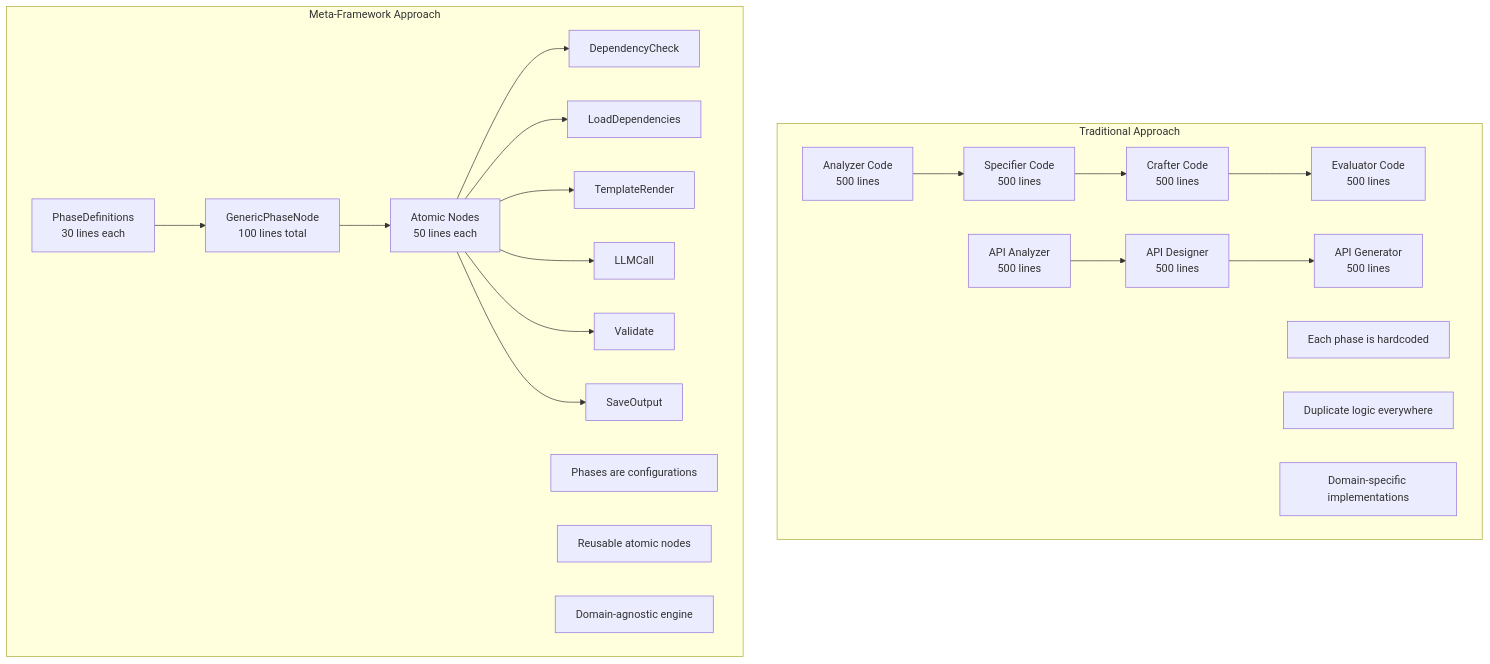
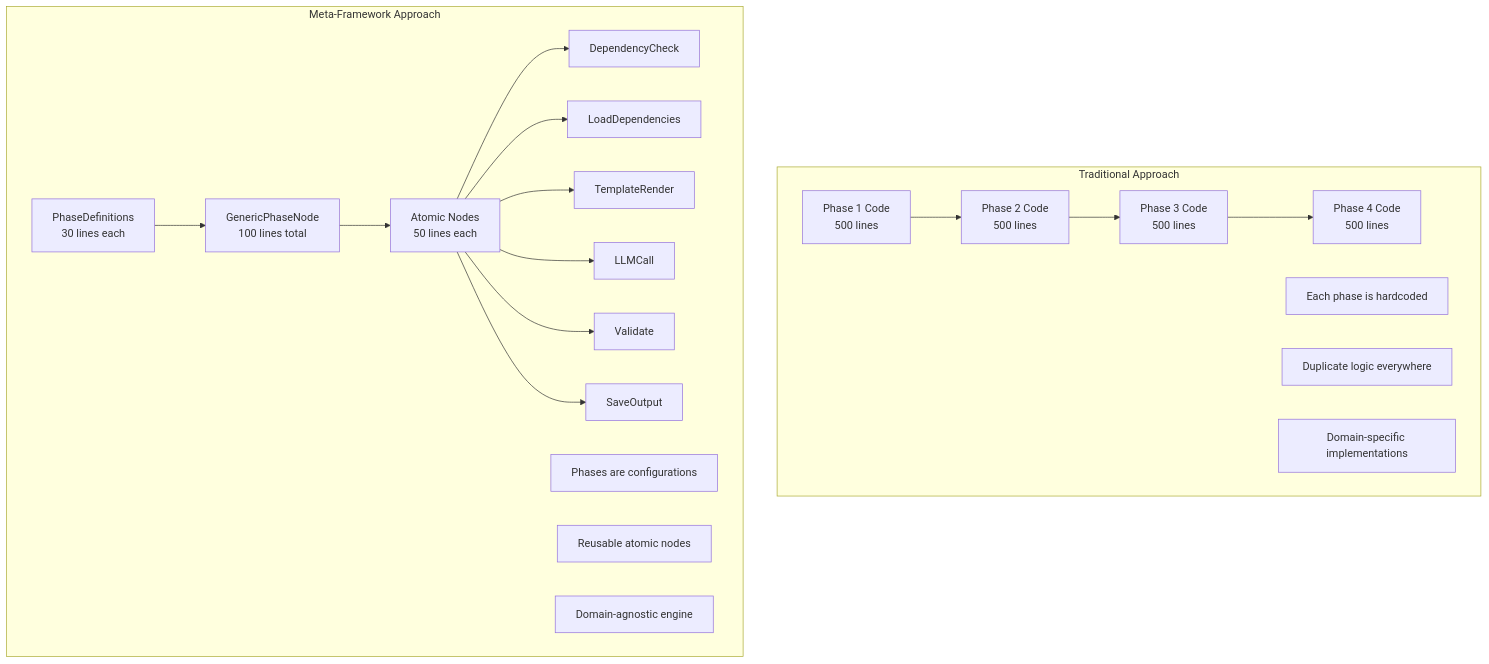
The first of 11 diagrams in docs/GRAPH_ARCHITECTURE.md (fblgit/agentool), drawn with Mermaid before and after one commit. The commit also changed other lines of this file and 6 other files, not shown here.

````diff
--- a/docs/GRAPH_ARCHITECTURE.md
+++ b/docs/GRAPH_ARCHITECTURE.md
@@ -16,32 +16,29 @@
 ```mermaid
 graph TB
     subgraph "Traditional Approach"
-        T1[Analyzer Code<br/>500 lines] --> T2[Specifier Code<br/>500 lines]
-        T2 --> T3[Crafter Code<br/>500 lines]
-        T3 --> T4[Evaluator Code<br/>500 lines]
-        
-        TA[API Analyzer<br/>500 lines] --> TB[API Designer<br/>500 lines]
-        TB --> TC[API Generator<br/>500 lines]
+        T1[Phase 1 Code<br/>500 lines] --> T2[Phase 2 Code<br/>500 lines]
+        T2 --> T3[Phase 3 Code<br/>500 lines]
+        T3 --> T4[Phase 4 Code<br/>500 lines]
         
         note1[Each phase is hardcoded]
         note2[Duplicate logic everywhere]
         note3[Domain-specific implementations]
     end
     
     subgraph "Meta-Framework Approach"
         CONFIG[PhaseDefinitions<br/>30 lines each] --> GPN[GenericPhaseNode<br/>100 lines total]
         GPN --> ATOMS[Atomic Nodes<br/>50 lines each]
         
         ATOMS --> DC[DependencyCheck]
         ATOMS --> LD[LoadDependencies]
         ATOMS --> TR[TemplateRender]
         ATOMS --> LLM[LLMCall]
         ATOMS --> VAL[Validate]
         ATOMS --> SAVE[SaveOutput]
         
         note4[Phases are configurations]
         note5[Reusable atomic nodes]
         note6[Domain-agnostic engine]
     end
     
 ```
````
